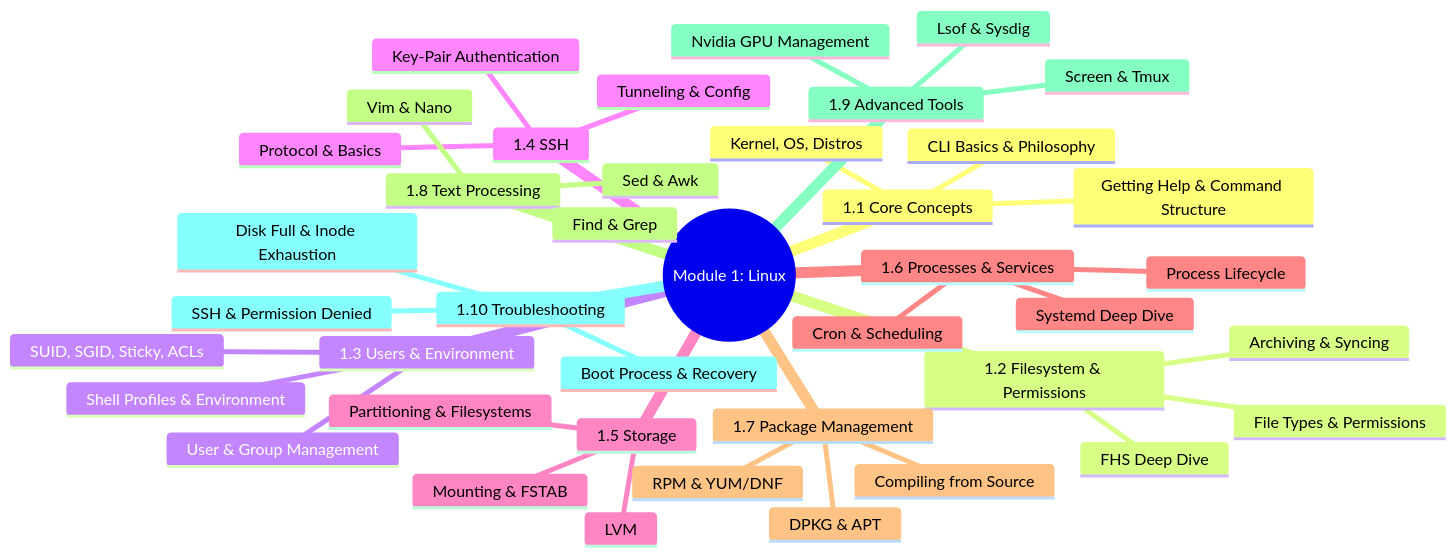
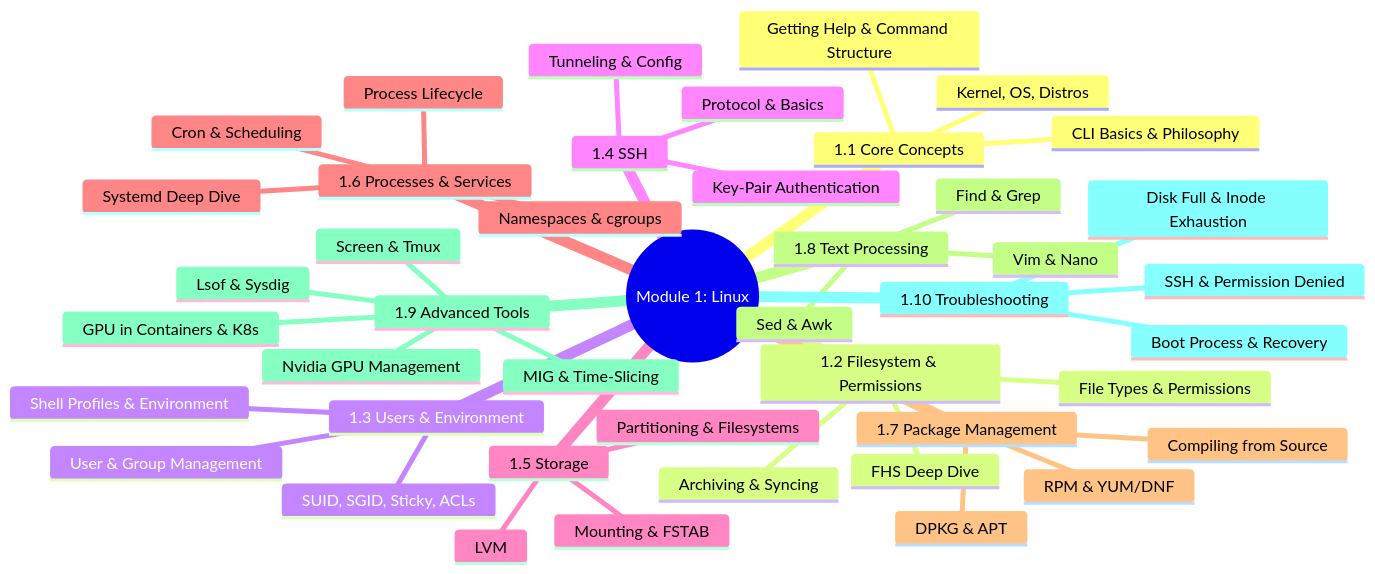
The first of 3 diagrams in 1-Linux/Module_1_Approach_Guide.md (VidhyadharanSS/PlatformEngineeringNotes), drawn with Mermaid before and after one commit. The commit also changed 15 other files, not shown here.

````diff
--- a/1-Linux/Module_1_Approach_Guide.md
+++ b/1-Linux/Module_1_Approach_Guide.md
@@ -5,44 +5,47 @@
 ```mermaid
 mindmap
   root((Module 1: Linux))
     1.1 Core Concepts
       Kernel, OS, Distros
       CLI Basics & Philosophy
       Getting Help & Command Structure
     1.2 Filesystem & Permissions
       FHS Deep Dive
       File Types & Permissions
       Archiving & Syncing
     1.3 Users & Environment
       User & Group Management
       Shell Profiles & Environment
       SUID, SGID, Sticky, ACLs
     1.4 SSH
       Protocol & Basics
       Key-Pair Authentication
       Tunneling & Config
     1.5 Storage
       Partitioning & Filesystems
       Mounting & FSTAB
       LVM
     1.6 Processes & Services
       Process Lifecycle
+      Namespaces & cgroups
       Systemd Deep Dive
       Cron & Scheduling
     1.7 Package Management
       RPM & YUM/DNF
       DPKG & APT
       Compiling from Source
     1.8 Text Processing
       Find & Grep
       Sed & Awk
       Vim & Nano
     1.9 Advanced Tools
       Screen & Tmux
       Lsof & Sysdig
       Nvidia GPU Management
+      GPU in Containers & K8s
+      MIG & Time-Slicing
     1.10 Troubleshooting
       Boot Process & Recovery
       Disk Full & Inode Exhaustion
       SSH & Permission Denied
 ```
````
